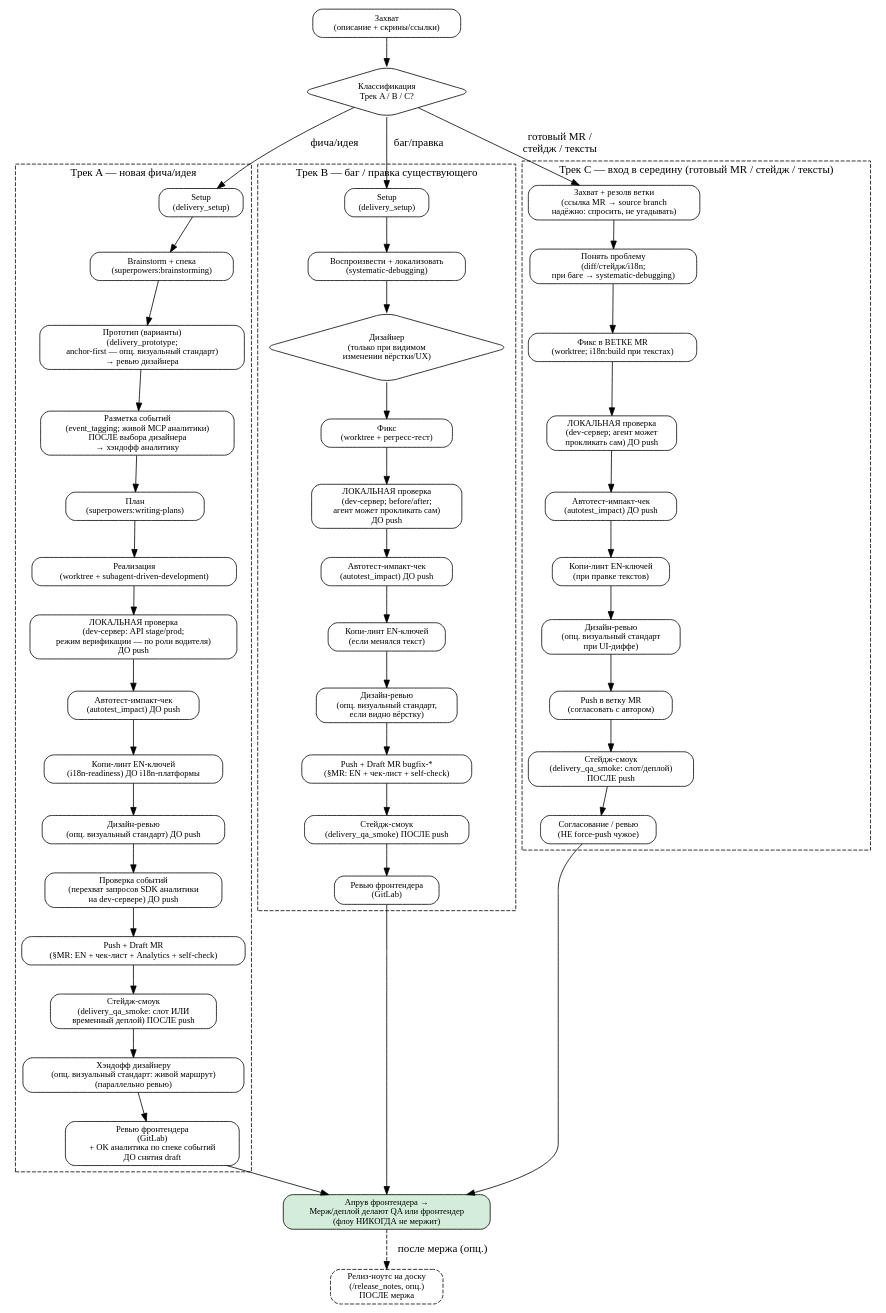
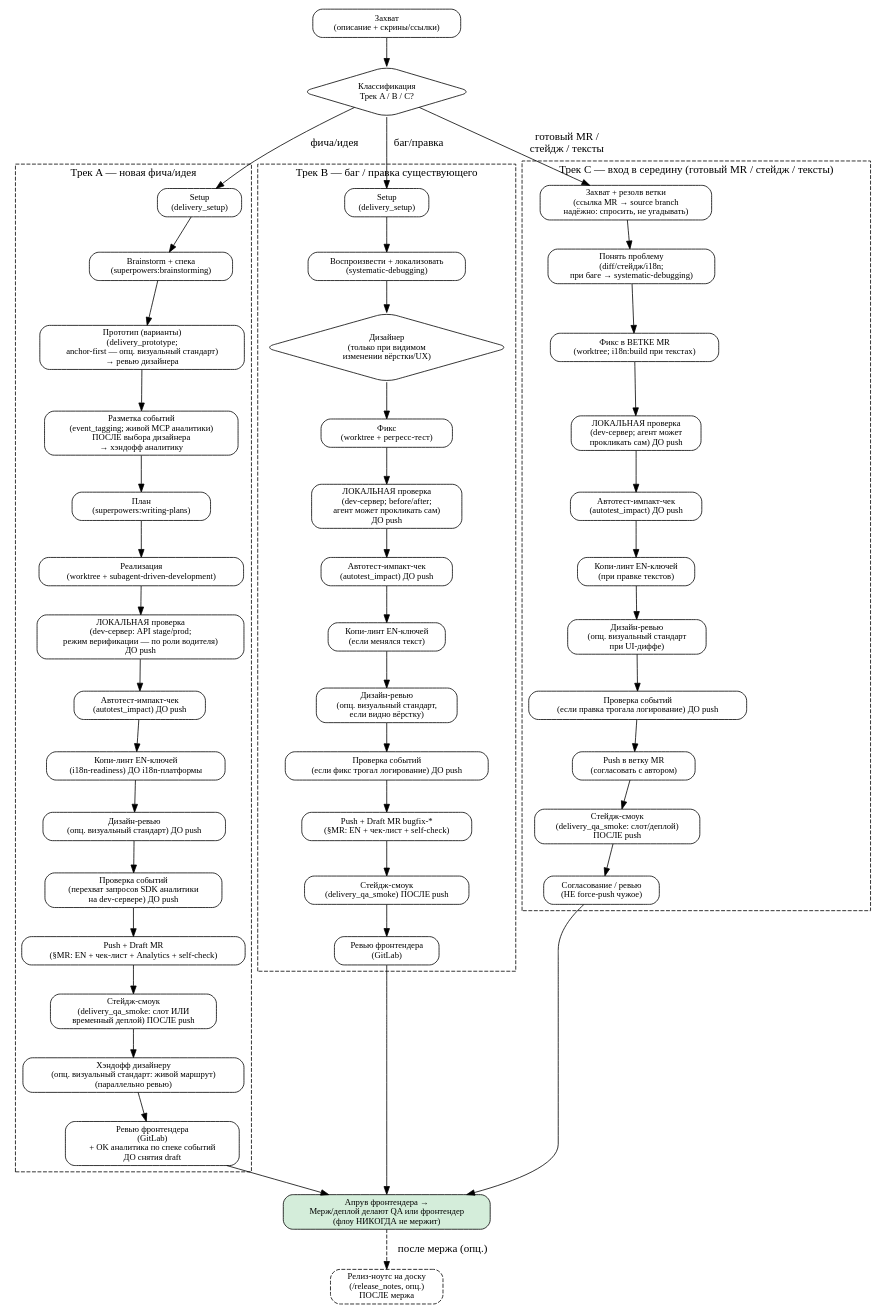
One commit to echangli/delivery-flow changed the diagram in plugins/delivery/skills/delivery_orchestrator/SKILL.md. Above: the diagram before and after it, drawn with Graphviz. The commit also changed other lines of this file and 4 other files, not shown here.

````diff
--- a/plugins/delivery/skills/delivery_orchestrator/SKILL.md
+++ b/plugins/delivery/skills/delivery_orchestrator/SKILL.md
@@ -83,75 +83,77 @@
 ```dot
 digraph delivery {
   rankdir=TB;
   node [shape=box, style=rounded, fontsize=11];
 
   capture    [label="Захват\n(описание + скрины/ссылки)"];
   classify   [label="Классификация\nТрек A / B / C?", shape=diamond];
 
   subgraph cluster_a {
     label="Трек A — новая фича/идея";
     style=dashed;
     a0 [label="Setup\n(delivery_setup)"];
     a1 [label="Brainstorm + спека\n(superpowers:brainstorming)"];
     a2 [label="Прототип (варианты)\n(delivery_prototype;\nanchor-first — опц. визуальный стандарт)\n→ ревью дизайнера"];
     a2b [label="Разметка событий\n(event_tagging; живой MCP аналитики)\nПОСЛЕ выбора дизайнера\n→ хэндофф аналитику"];
     a3 [label="План\n(superpowers:writing-plans)"];
     a4 [label="Реализация\n(worktree + subagent-driven-development)"];
     a5 [label="ЛОКАЛЬНАЯ проверка\n(dev-сервер: API stage/prod;\nрежим верификации — по роли водителя)\nДО push"];
     a5b [label="Автотест-импакт-чек\n(autotest_impact) ДО push"];
     a5c [label="Копи-линт EN-ключей\n(i18n-readiness) ДО i18n-платформы"];
     a5d [label="Дизайн-ревью\n(опц. визуальный стандарт) ДО push"];
     a5e [label="Проверка событий\n(перехват запросов SDK аналитики\nна dev-сервере) ДО push"];
     a6 [label="Push + Draft MR\n(§MR: EN + чек-лист + Analytics + self-check)"];
     a7 [label="Стейдж-смоук\n(delivery_qa_smoke: слот ИЛИ\nвременный деплой) ПОСЛЕ push"];
     a7b [label="Хэндофф дизайнеру\n(опц. визуальный стандарт: живой маршрут)\n(параллельно ревью)"];
     a8 [label="Ревью фронтендера\n(GitLab)\n+ OK аналитика по спеке событий\nДО снятия draft"];
     a0 -> a1 -> a2 -> a2b -> a3 -> a4 -> a5 -> a5b -> a5c -> a5d -> a5e -> a6 -> a7 -> a7b -> a8;
   }
 
   subgraph cluster_b {
     label="Трек B — баг / правка существующего";
     style=dashed;
     b0 [label="Setup\n(delivery_setup)"];
     b1 [label="Воспроизвести + локализовать\n(systematic-debugging)"];
     b2 [label="Дизайнер\n(только при видимом\nизменении вёрстки/UX)", shape=diamond];
     b3 [label="Фикс\n(worktree + регресс-тест)"];
     b4 [label="ЛОКАЛЬНАЯ проверка\n(dev-сервер; before/after;\nагент может прокликать сам)\nДО push"];
     b4b [label="Автотест-импакт-чек\n(autotest_impact) ДО push"];
     b4c [label="Копи-линт EN-ключей\n(если менялся текст)"];
     b4d [label="Дизайн-ревью\n(опц. визуальный стандарт,\nесли видно вёрстку)"];
+    b4e [label="Проверка событий\n(если фикс трогал логирование) ДО push"];
     b5 [label="Push + Draft MR bugfix-*\n(§MR: EN + чек-лист + self-check)"];
     b6 [label="Стейдж-смоук\n(delivery_qa_smoke) ПОСЛЕ push"];
     b7 [label="Ревью фронтендера\n(GitLab)"];
-    b0 -> b1 -> b2 -> b3 -> b4 -> b4b -> b4c -> b4d -> b5 -> b6 -> b7;
+    b0 -> b1 -> b2 -> b3 -> b4 -> b4b -> b4c -> b4d -> b4e -> b5 -> b6 -> b7;
   }
 
   subgraph cluster_c {
     label="Трек C — вход в середину (готовый MR / стейдж / тексты)";
     style=dashed;
     c0 [label="Захват + резолв ветки\n(ссылка MR → source branch\nнадёжно: спросить, не угадывать)"];
     c1 [label="Понять проблему\n(diff/стейдж/i18n;\nпри баге → systematic-debugging)"];
     c2 [label="Фикс в ВЕТКЕ MR\n(worktree; i18n:build при текстах)"];
     c3 [label="ЛОКАЛЬНАЯ проверка\n(dev-сервер; агент может\nпрокликать сам) ДО push"];
     c3b [label="Автотест-импакт-чек\n(autotest_impact) ДО push"];
     c3c [label="Копи-линт EN-ключей\n(при правке текстов)"];
     c3d [label="Дизайн-ревью\n(опц. визуальный стандарт\nпри UI-диффе)"];
+    c3e [label="Проверка событий\n(если правка трогала логирование) ДО push"];
     c4 [label="Push в ветку MR\n(согласовать с автором)"];
     c5 [label="Стейдж-смоук\n(delivery_qa_smoke: слот/деплой)\nПОСЛЕ push"];
     c6 [label="Согласование / ревью\n(НЕ force-push чужое)"];
-    c0 -> c1 -> c2 -> c3 -> c3b -> c3c -> c3d -> c4 -> c5 -> c6;
+    c0 -> c1 -> c2 -> c3 -> c3b -> c3c -> c3d -> c3e -> c4 -> c5 -> c6;
   }
 
   terminal [label="Апрув фронтендера →\nМерж/деплой делают QA или фронтендер\n(флоу НИКОГДА не мержит)", shape=box, style="rounded,filled", fillcolor="#d4edda"];
   relnotes [label="Релиз-ноутс на доску\n(/release_notes, опц.)\nПОСЛЕ мержа", shape=box, style="rounded,dashed"];
 
   capture -> classify;
   classify -> a0 [label="фича/идея"];
   classify -> b0 [label="баг/правка"];
   classify -> c0 [label="готовый MR /\nстейдж / тексты"];
   a8 -> terminal;
   b7 -> terminal;
   c6 -> terminal;
   terminal -> relnotes [label="после мержа (опц.)", style=dashed];
 }
 ```
````
